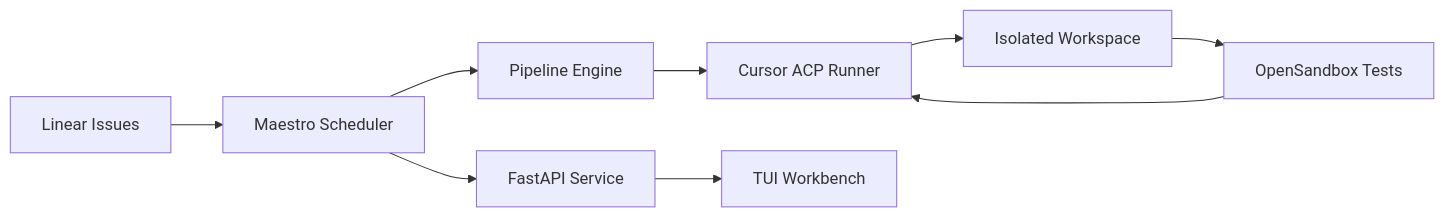
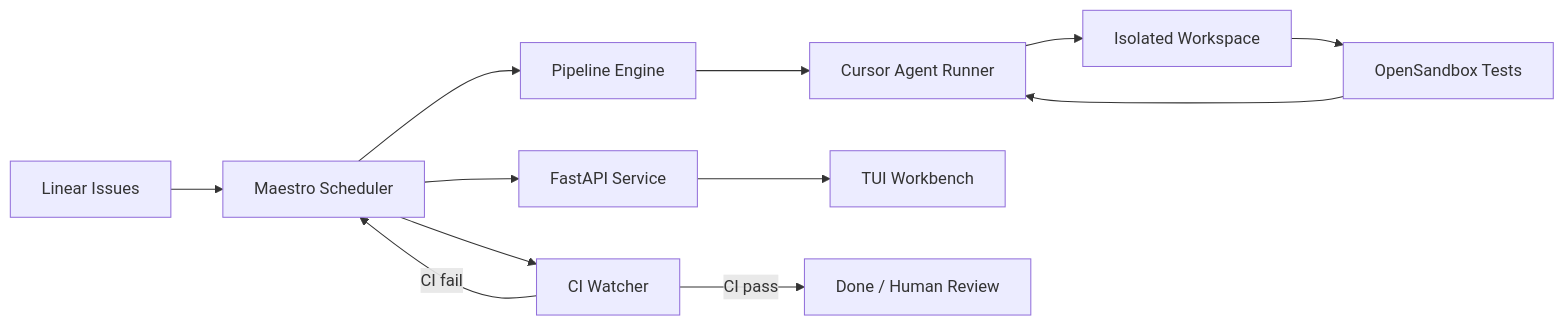
The diagram in README.md (neilzhangpro/Maestro), drawn with Mermaid before and after one commit. The commit also changed other lines of this file and 13 other files, not shown here.

````diff
--- a/README.md
+++ b/README.md
@@ -62,11 +66,14 @@
 ```mermaid
 flowchart LR
     A[Linear Issues] --> B[Maestro Scheduler]
     B --> C[Pipeline Engine]
-    C --> D[Cursor ACP Runner]
+    C --> D[Cursor Agent Runner]
     D --> E[Isolated Workspace]
     B --> F[FastAPI Service]
     F --> G[TUI Workbench]
     E --> H[OpenSandbox Tests]
     H --> D
+    B --> I[CI Watcher]
+    I -->|CI pass| J[Done / Human Review]
+    I -->|CI fail| B
 ```
````
